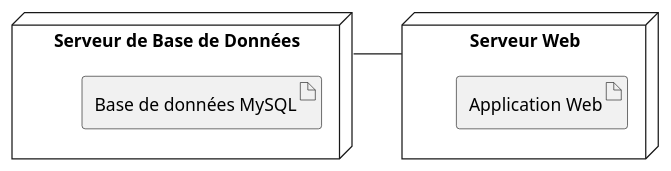
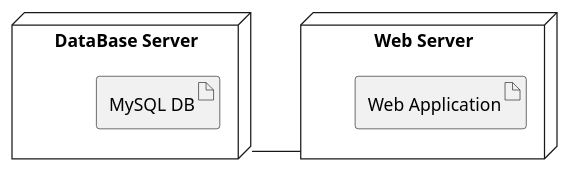
The diagram in plant_uml/deploymentRepresentation.plantuml (gigl-uml/Guide_uml_polymtl), drawn with PlantUML before and after one commit. The commit also changed 17 other files, not shown here.

Commit message:
Added deployment section of deployment diagram

```diff
--- a/plant_uml/deploymentRepresentation.plantuml
+++ b/plant_uml/deploymentRepresentation.plantuml
@@ -1,15 +1,15 @@
 @startuml
 
 skinparam linetype ortho
 
-node "Serveur de Base de Données" as DB {
-  artifact "Base de données MySQL"
+node "DataBase Server" as DB {
+  artifact "MySQL DB"
 }
 
-node "Serveur Web" as webServer {
-  artifact "Application Web"
+node "Web Server" as webServer {
+  artifact "Web Application"
 }
 
 DB -r-- webServer
 
 @enduml
```
